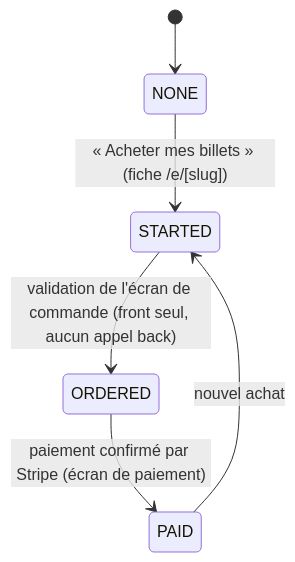
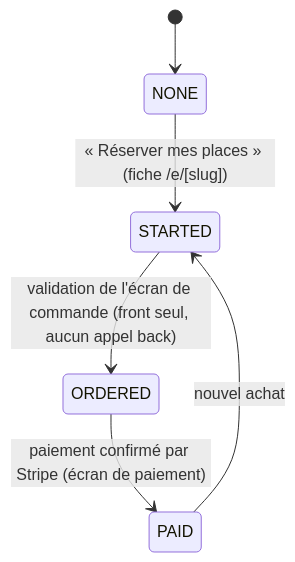
The first of 4 diagrams in doc/BILLETTERIE_PAIEMENT_FLOW.md (franzk/sgilt), drawn with Mermaid before and after one commit. The commit also changed other lines of this file and 23 other files, not shown here.

````diff
--- a/doc/BILLETTERIE_PAIEMENT_FLOW.md
+++ b/doc/BILLETTERIE_PAIEMENT_FLOW.md
@@ -46,8 +46,8 @@
 ```mermaid
 stateDiagram-v2
     [*] --> NONE
-    NONE --> STARTED: « Acheter mes billets » (fiche /e/[slug])
+    NONE --> STARTED: « Réserver mes places » (fiche /e/[slug])
     STARTED --> ORDERED: validation de l'écran de commande (front seul, aucun appel back)
     ORDERED --> PAID: paiement confirmé par Stripe (écran de paiement)
     PAID --> STARTED: nouvel achat
 ```
````
